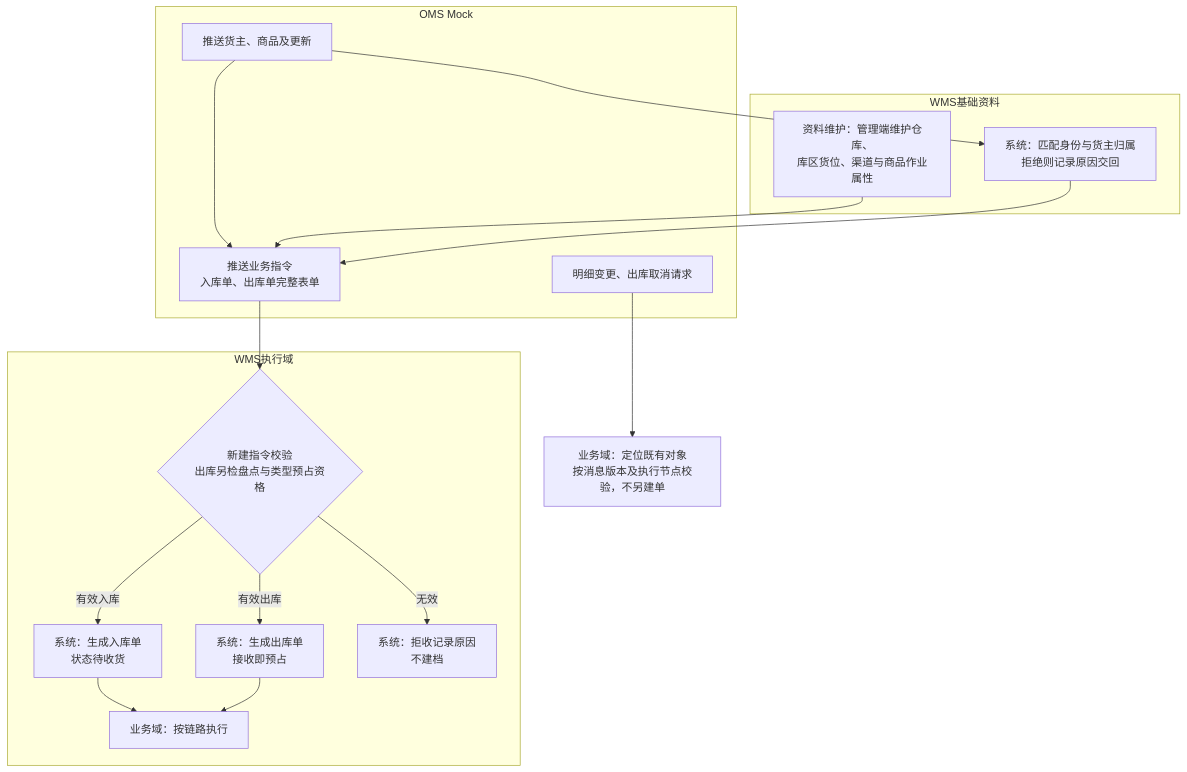
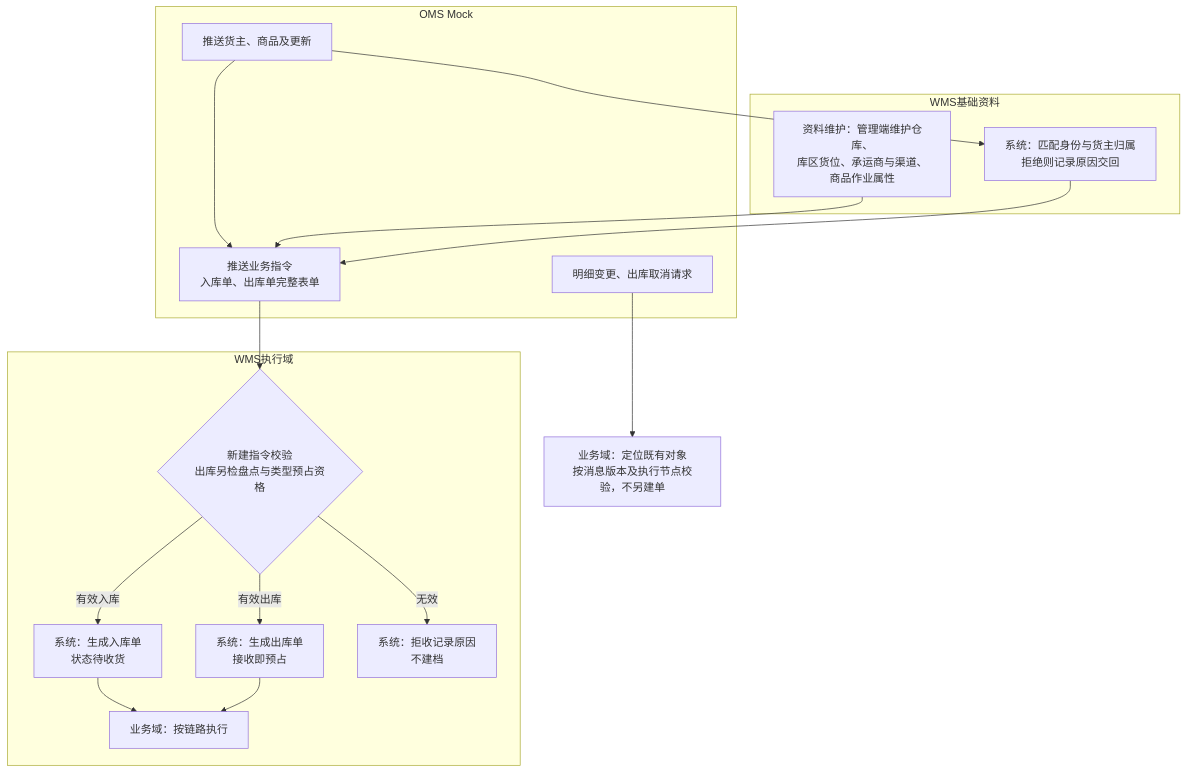
The first of 6 diagrams in 05-应用设计方案/20261002-MVP版本/系统架构设计/01-系统流程与单据交互.md (TopVitamin/QS-WMS-Project), drawn with Mermaid before and after one commit. The commit also changed other lines of this file and 82 other files, not shown here.

````diff
--- a/05-应用设计方案/20261002-MVP版本/系统架构设计/01-系统流程与单据交互.md
+++ b/05-应用设计方案/20261002-MVP版本/系统架构设计/01-系统流程与单据交互.md
@@ -13,28 +20,28 @@
 ```mermaid
 flowchart TB
     subgraph OMS Mock
         A[推送货主、商品及更新] --> B[推送业务指令<br/>入库单、出库单完整表单]
         D[明细变更、出库取消请求]
     end
     subgraph WMS基础资料
         M1[系统：匹配身份与货主归属<br/>拒绝则记录原因交回]
-        M2[资料维护：管理端维护仓库、<br/>库区货位、渠道与商品作业属性]
+        M2[资料维护：管理端维护仓库、<br/>库区货位、承运商与渠道、商品作业属性]
     end
     subgraph WMS执行域
         E1{新建指令校验<br/>出库另检盘点与类型预占资格}
         E2[系统：生成入库单<br/>状态待收货]
         E3[系统：生成出库单<br/>接收即预占]
         E4[系统：拒收记录原因<br/>不建档]
         F[业务域：按链路执行]
     end
     A --> M1
     M2 --> B
     M1 --> B
     B --> E1
     E1 -->|有效入库| E2
     E1 -->|有效出库| E3
     E1 -->|无效| E4
     E2 --> F
     E3 --> F
     D --> V[业务域：定位既有对象<br/>按消息版本及执行节点校验，不另建单]
 ```
````
